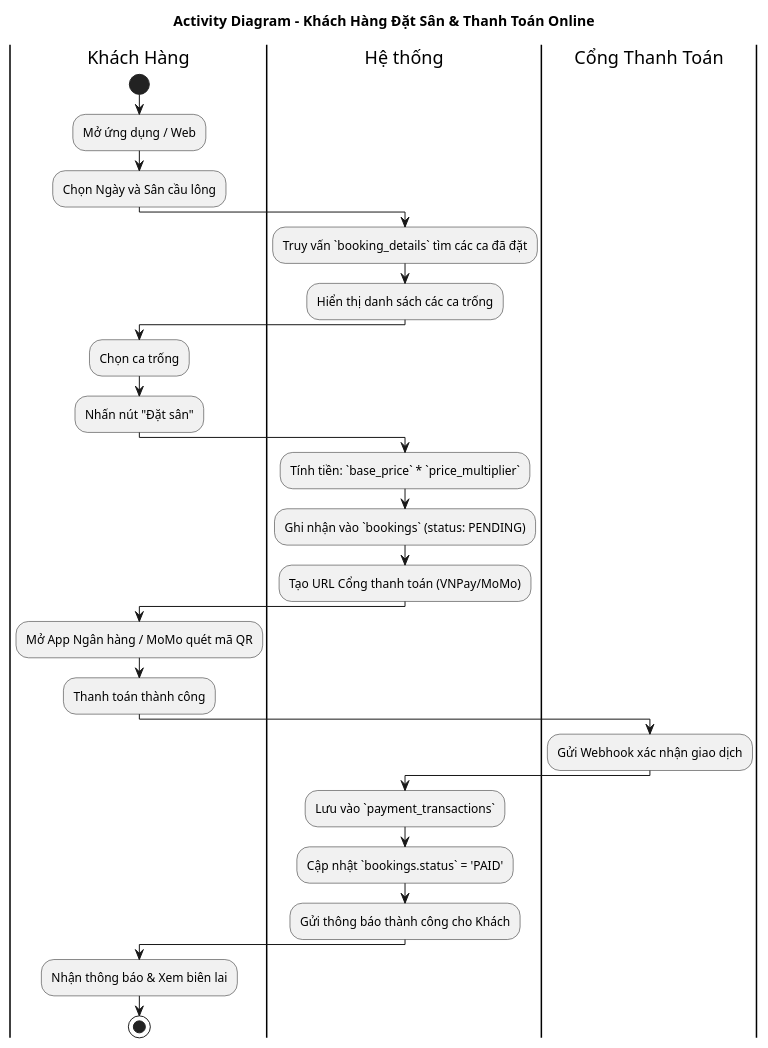
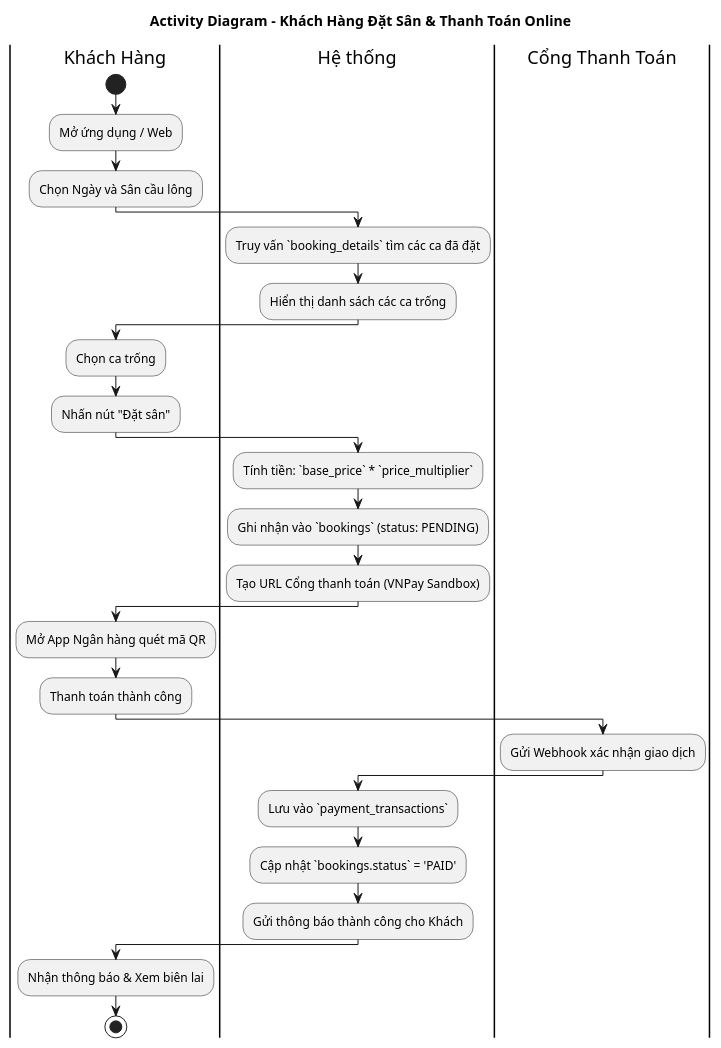
Before and after one commit to hung-it/Badminton_Court_Management: the first of 3 diagrams in docs/activity.md, drawn with PlantUML. The commit also changed 41 other files, not shown here.

````diff
--- a/docs/activity.md
+++ b/docs/activity.md
@@ -11,40 +11,40 @@
 ```plantuml
 @startuml
 title Activity Diagram - Khách Hàng Đặt Sân & Thanh Toán Online
 skinparam maxMessageSize 150
 
 |Khách Hàng|
 start
 :Mở ứng dụng / Web;
 :Chọn Ngày và Sân cầu lông;
 
 |Hệ thống|
 :Truy vấn `booking_details` tìm các ca đã đặt;
 :Hiển thị danh sách các ca trống;
 
 |Khách Hàng|
 :Chọn ca trống;
 :Nhấn nút "Đặt sân";
 
 |Hệ thống|
 :Tính tiền: `base_price` * `price_multiplier`;
 :Ghi nhận vào `bookings` (status: PENDING);
-:Tạo URL Cổng thanh toán (VNPay/MoMo);
+:Tạo URL Cổng thanh toán (VNPay Sandbox);
 
 |Khách Hàng|
-:Mở App Ngân hàng / MoMo quét mã QR;
+:Mở App Ngân hàng quét mã QR;
 :Thanh toán thành công;
 
 |Cổng Thanh Toán|
 :Gửi Webhook xác nhận giao dịch;
 
 |Hệ thống|
 :Lưu vào `payment_transactions`;
 :Cập nhật `bookings.status` = 'PAID';
 :Gửi thông báo thành công cho Khách;
 
 |Khách Hàng|
 :Nhận thông báo & Xem biên lai;
 stop
 @enduml
 ```
````
